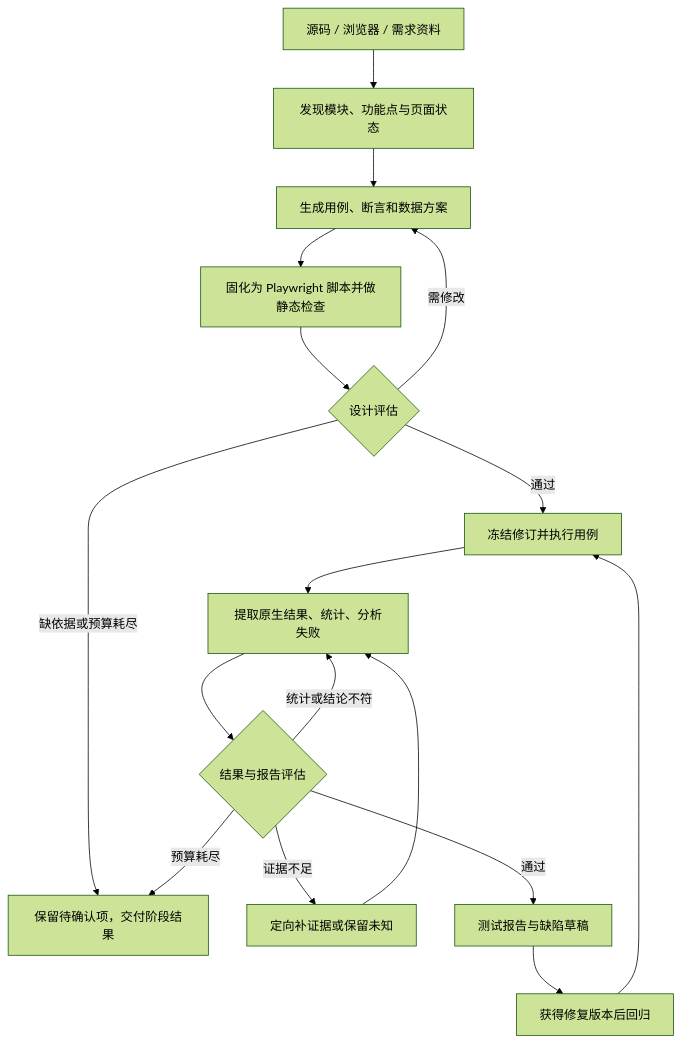
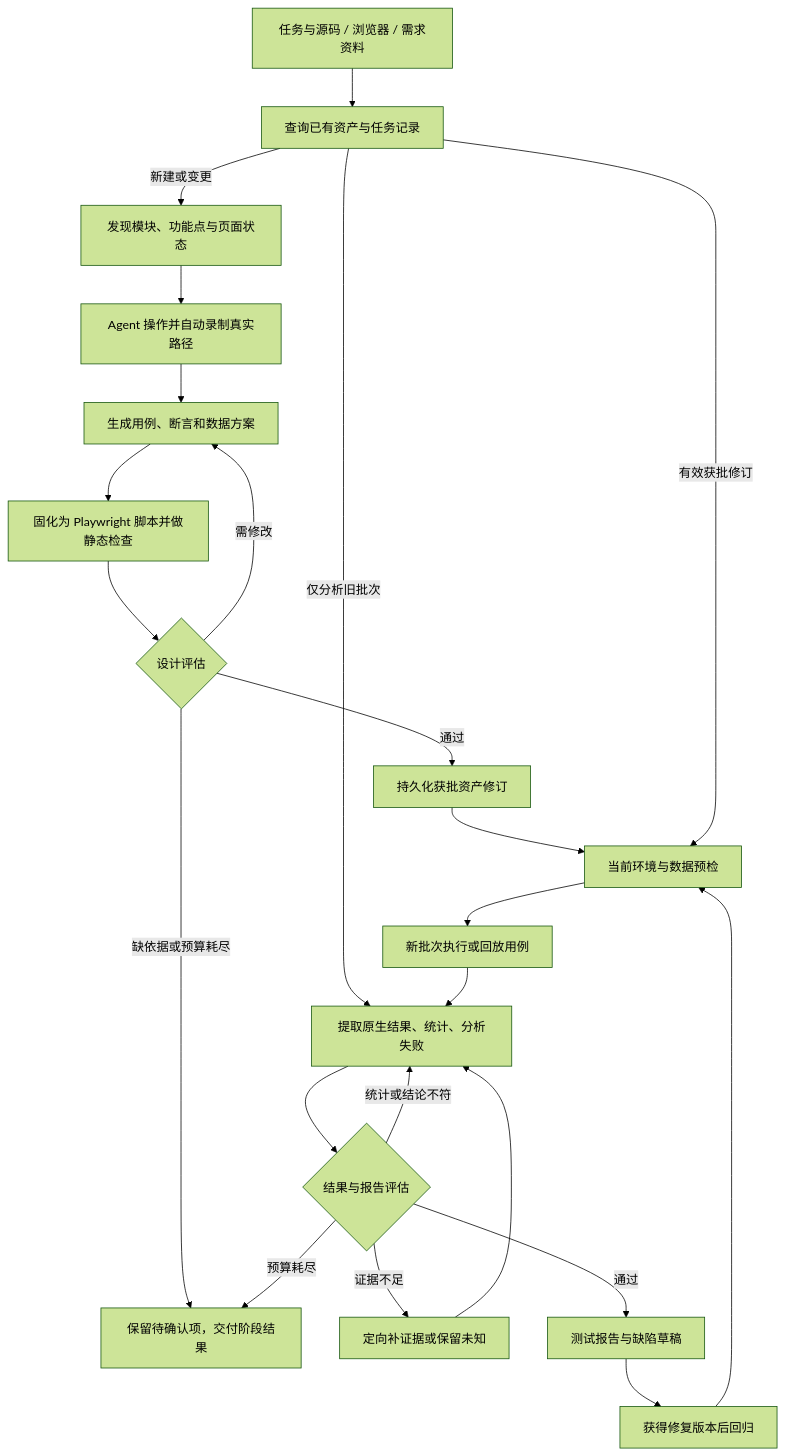
One commit to liwenshuai4516-debug/pi changed the diagram in docs/UI测试业务流程详细设计.md. Above: the diagram before and after it, drawn with Mermaid (forest theme). The commit also changed other lines of this file and 3 other files, not shown here.

````diff
--- a/docs/UI测试业务流程详细设计.md
+++ b/docs/UI测试业务流程详细设计.md
@@ -20,19 +22,25 @@
 ```mermaid
 flowchart TD
-    A[源码 / 浏览器 / 需求资料] --> B[发现模块、功能点与页面状态]
-    B --> C[生成用例、断言和数据方案]
+    A[任务与源码 / 浏览器 / 需求资料] --> Q[查询已有资产与任务记录]
+    Q -->|新建或变更| B[发现模块、功能点与页面状态]
+    B --> T[Agent 操作并自动录制真实路径]
+    T --> C[生成用例、断言和数据方案]
     C --> D[固化为 Playwright 脚本并做静态检查]
     D --> E{设计评估}
     E -->|需修改| C
     E -->|缺依据或预算耗尽| X[保留待确认项，交付阶段结果]
-    E -->|通过| F[冻结修订并执行用例]
+    E -->|通过| S[持久化获批资产修订]
+    S --> V[当前环境与数据预检]
+    Q -->|有效获批修订| V
+    V --> F[新批次执行或回放用例]
+    Q -->|仅分析旧批次| G
     F --> G[提取原生结果、统计、分析失败]
     G --> H{结果与报告评估}
     H -->|统计或结论不符| G
     H -->|证据不足| I[定向补证据或保留未知]
     I --> G
     H -->|通过| J[测试报告与缺陷草稿]
     H -->|预算耗尽| X
     J --> K[获得修复版本后回归]
-    K --> F
+    K --> V
 ```
````
